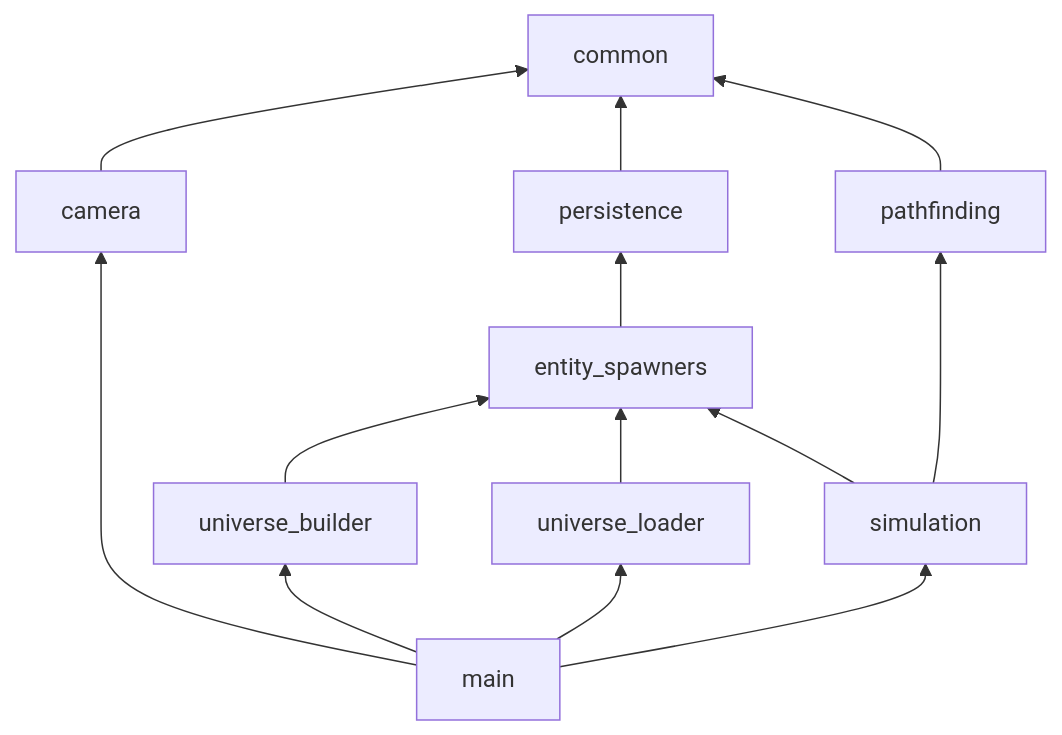
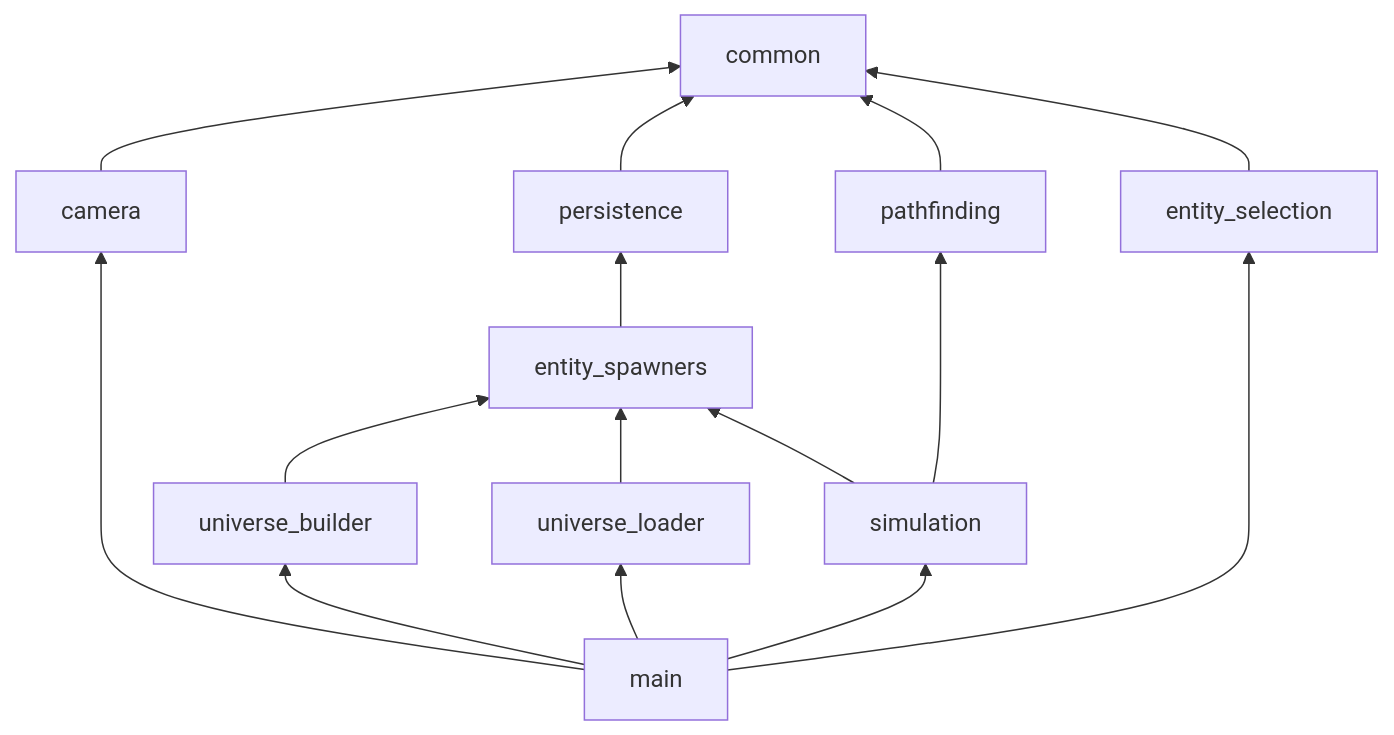
Before and after one commit to Jacudibu/rusty_space: the diagram in README.md, drawn with Mermaid. The commit also changed other lines of this file and 28 other files, not shown here.

Commit message:
Extracted entity_selection into its own crate and refactored gizmo plugin

````diff
--- a/README.md
+++ b/README.md
@@ -8,19 +8,21 @@
 ```mermaid
 flowchart BT
     camera --> common
     persistence --> common
     pathfinding --> common
+    entity_selection --> common
 
     entity_spawners --> persistence
 
     universe_builder --> entity_spawners
     universe_loader --> entity_spawners
     simulation --> entity_spawners
 
     simulation --> pathfinding
 
+    main --> entity_selection
     main --> universe_builder
     main --> universe_loader
     main --> simulation
     main --> camera
 ```
````
